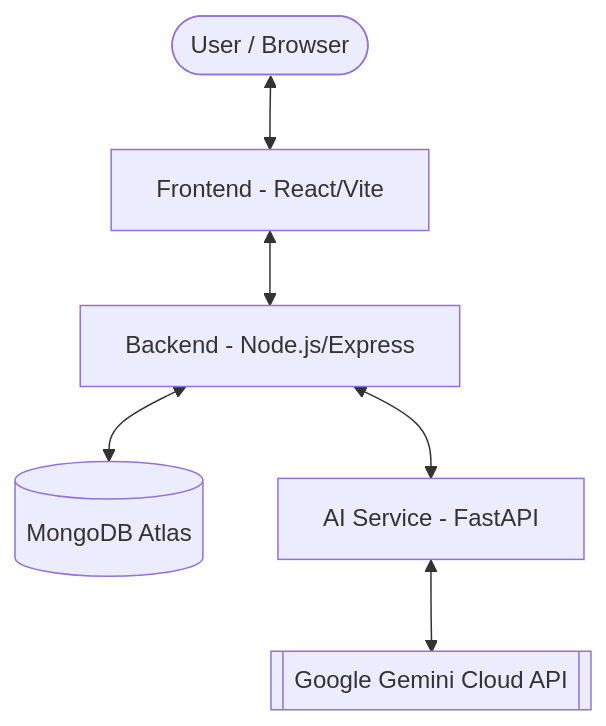
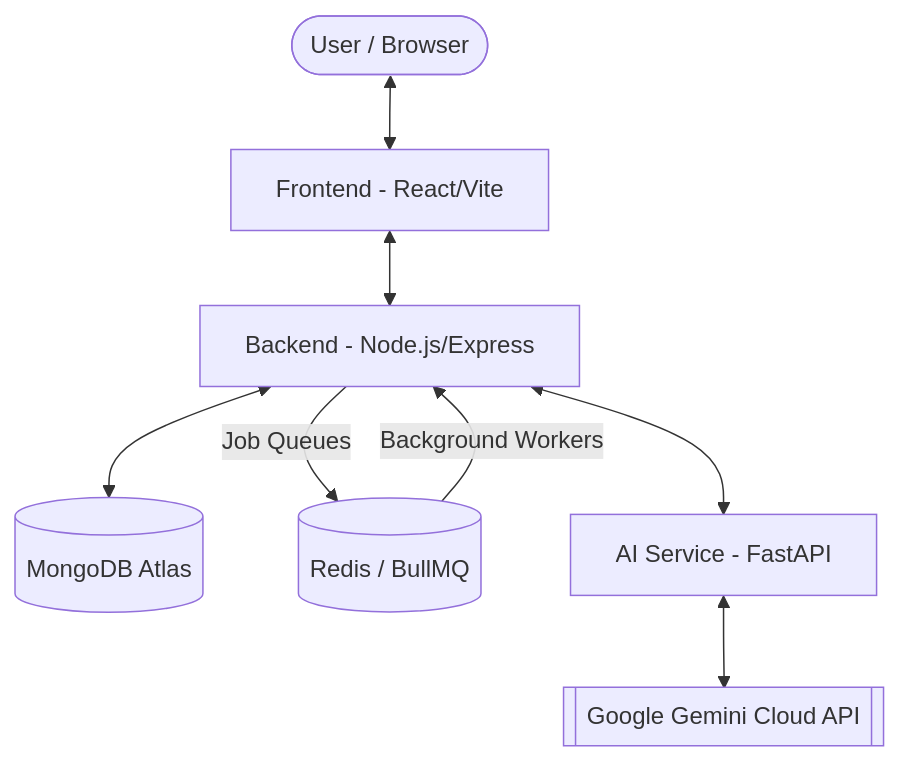
One commit to Arnab27622/AI-Interviewer changed the diagram in README.md. Above: the diagram before and after it, drawn with Mermaid. The commit also changed other lines of this file and 13 other files, not shown here.

````diff
--- a/README.md
+++ b/README.md
@@ -11,8 +11,10 @@
 ```mermaid
 graph TD
     User([User / Browser]) <--> Frontend[Frontend - React/Vite]
     Frontend <--> Backend[Backend - Node.js/Express]
     Backend <--> MongoDB[(MongoDB Atlas)]
+    Backend -- Job Queues --> Redis[(Redis / BullMQ)]
+    Redis -- Background Workers --> Backend
     Backend <--> AIService[AI Service - FastAPI]
     AIService <--> Gemini[[Google Gemini Cloud API]]
 ```
````
